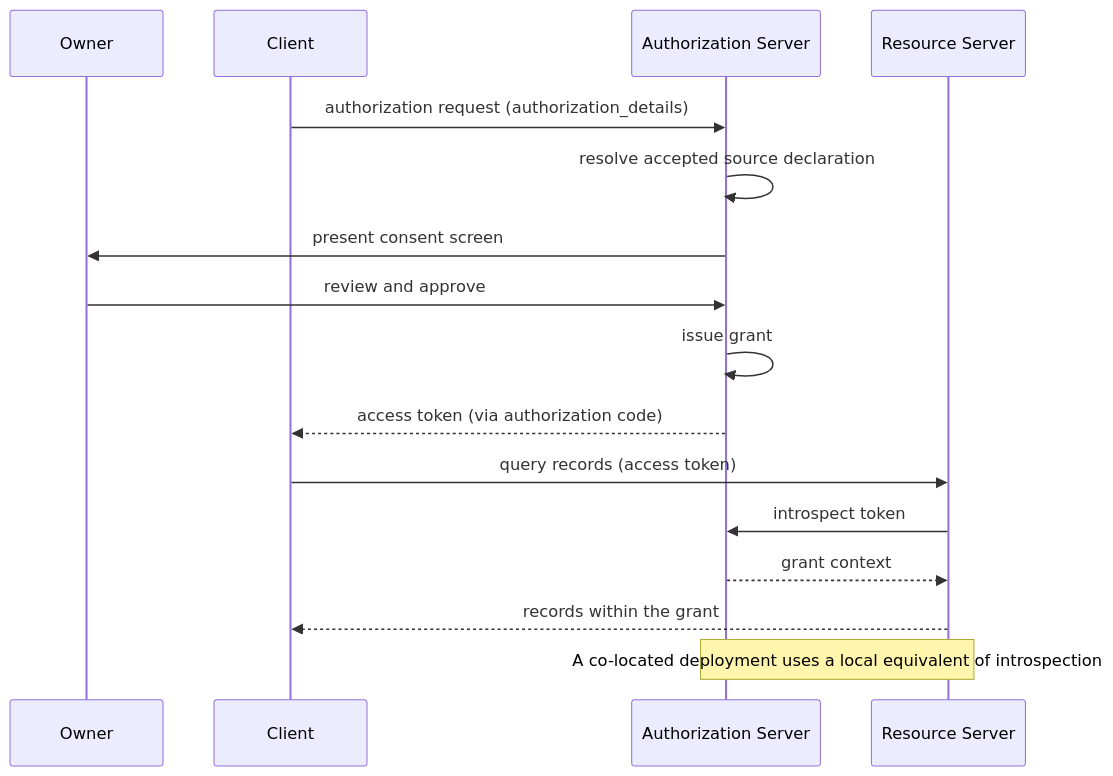
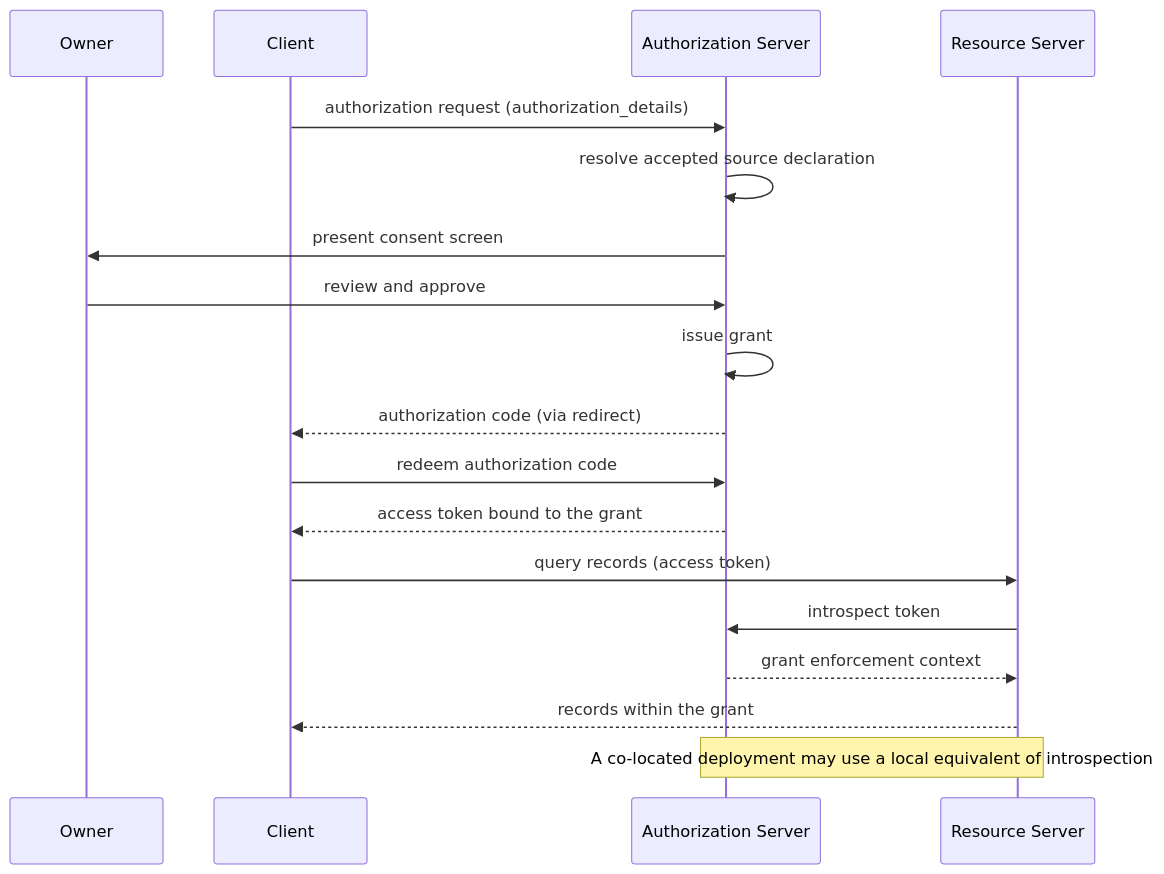
One commit to PDP-Connect/pdpp changed the second of 4 diagrams in spec-core.md. Above: the diagram before and after it, drawn with Mermaid. The commit also changed other lines of this file, not shown here.

Commit message:
spec(core): mark the sequence diagram as an example
Label the authorization sequence non-normative, show code redemption as its own step, and say a co-located deployment may use a local equivalent. State the schema facts the walkthrough's grant depends on.

````diff
--- a/spec-core.md
+++ b/spec-core.md
@@ -157,19 +157,21 @@
 ```mermaid
 sequenceDiagram
     participant Owner
     participant Client
     participant AS as Authorization Server
     participant RS as Resource Server
 
     Client->>AS: authorization request (authorization_details)
     AS->>AS: resolve accepted source declaration
     AS->>Owner: present consent screen
     Owner->>AS: review and approve
     AS->>AS: issue grant
-    AS-->>Client: access token (via authorization code)
+    AS-->>Client: authorization code (via redirect)
+    Client->>AS: redeem authorization code
+    AS-->>Client: access token bound to the grant
     Client->>RS: query records (access token)
     RS->>AS: introspect token
-    AS-->>RS: grant context
+    AS-->>RS: grant enforcement context
     RS-->>Client: records within the grant
-    Note over RS,AS: A co-located deployment uses a local equivalent of introspection
+    Note over RS,AS: A co-located deployment may use a local equivalent of introspection
 ```
````
